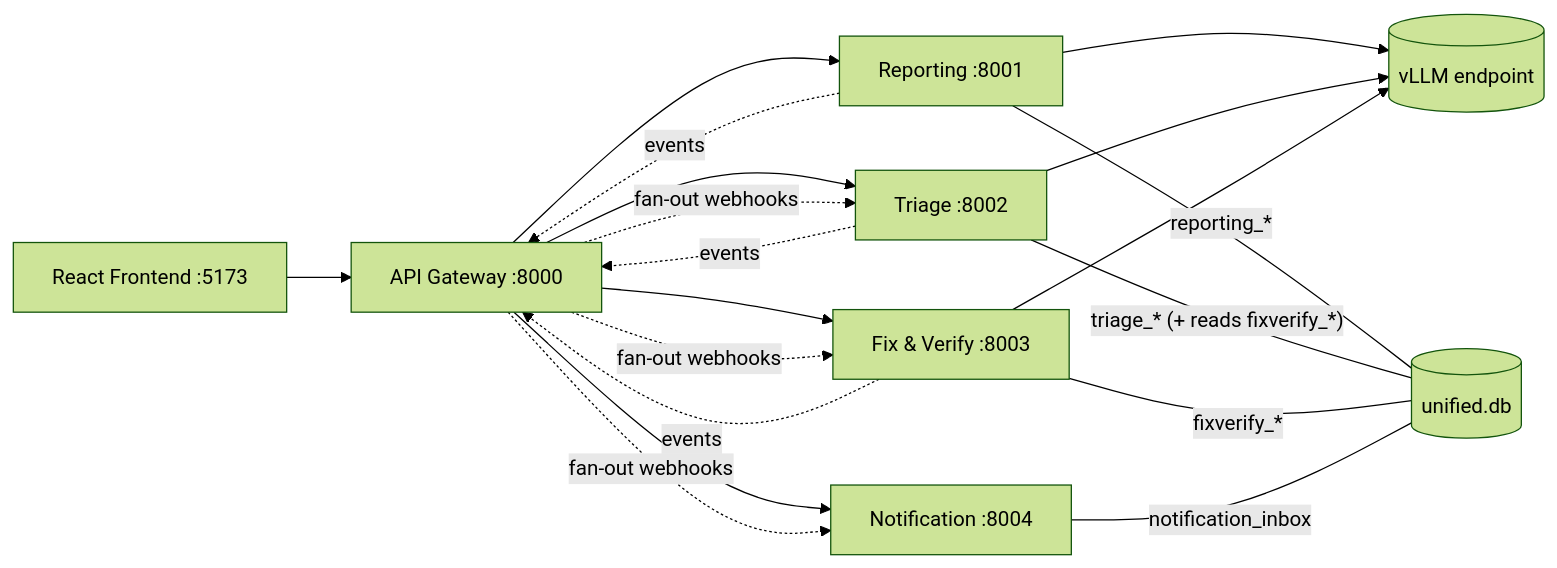
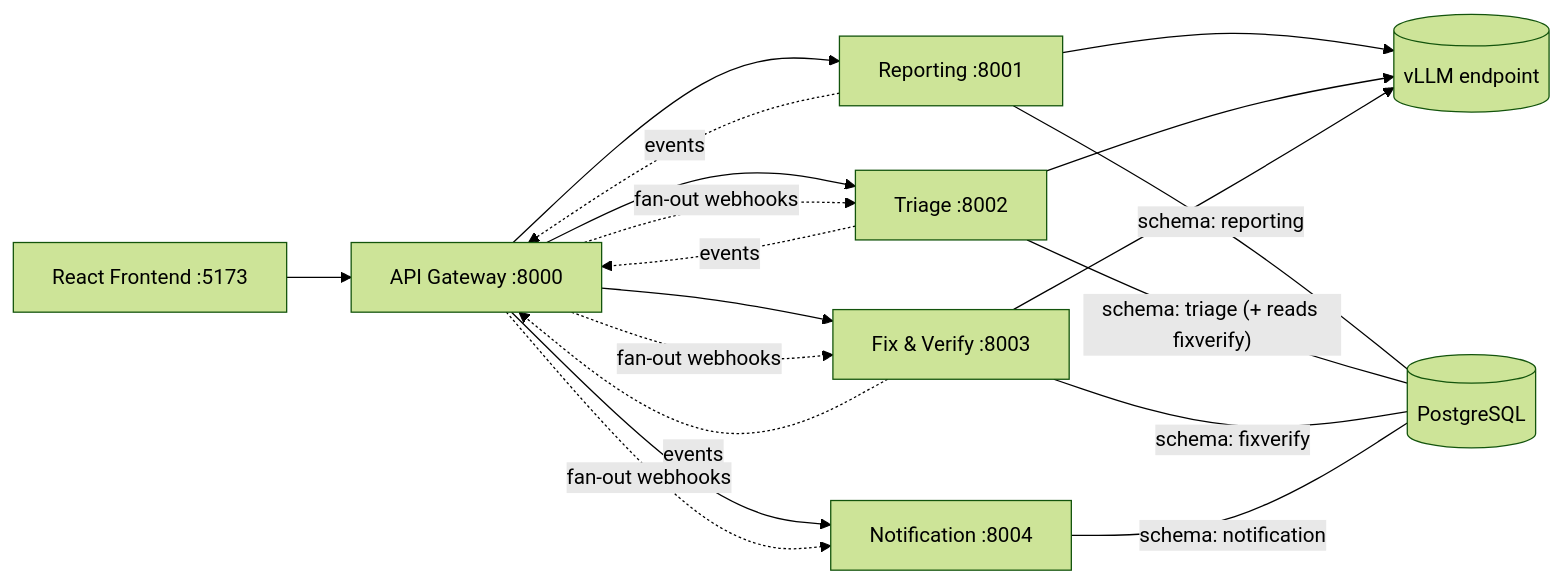
One commit to DeYuanChong/Incube2026_Grp3 changed the diagram in docs/01-architecture.md. Above: the diagram before and after it, drawn with Mermaid (forest theme). The commit also changed other lines of this file and 28 other files, not shown here.

First line of the commit message:
Migrate from SQLite to PostgreSQL with real per-service schemas

````diff
--- a/docs/01-architecture.md
+++ b/docs/01-architecture.md
@@ -5,24 +5,24 @@
 ```mermaid
 flowchart LR
     FE[React Frontend :5173] --> GW[API Gateway :8000]
     GW --> RPT[Reporting :8001]
     GW --> TRG[Triage :8002]
     GW --> FIX[Fix & Verify :8003]
     GW --> NTF[Notification :8004]
 
     RPT -. "events" .-> GW
     TRG -. "events" .-> GW
     FIX -. "events" .-> GW
     GW -. "fan-out webhooks" .-> TRG
     GW -. "fan-out webhooks" .-> FIX
     GW -. "fan-out webhooks" .-> NTF
 
     RPT --> VLLM[(vLLM endpoint)]
     TRG --> VLLM
     FIX --> VLLM
 
-    RPT -- "reporting_*" --- DB[(unified.db)]
-    TRG -- "triage_* (+ reads fixverify_*)" --- DB
-    FIX -- "fixverify_*" --- DB
-    NTF -- "notification_inbox" --- DB
+    RPT -- "schema: reporting" --- DB[(PostgreSQL)]
+    TRG -- "schema: triage (+ reads fixverify)" --- DB
+    FIX -- "schema: fixverify" --- DB
+    NTF -- "schema: notification" --- DB
 ```
````
